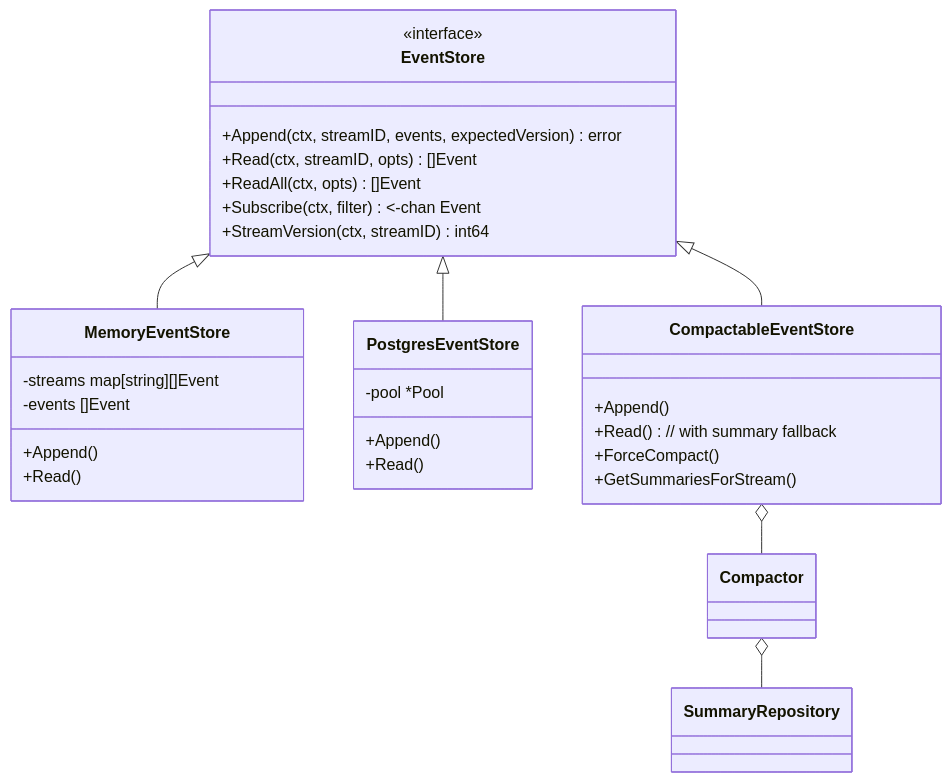
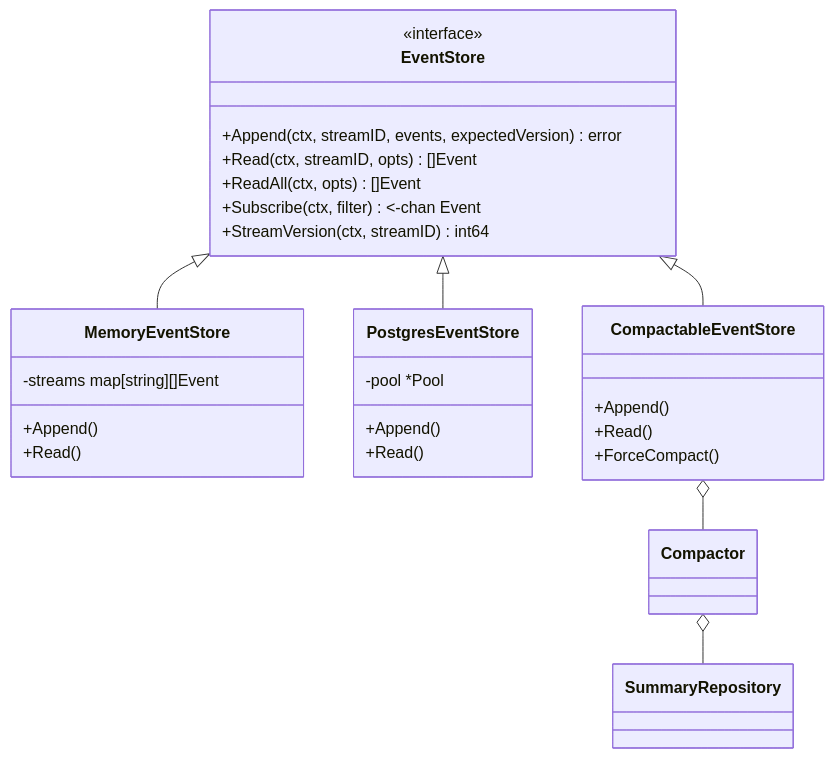
One commit to Timwood0x10/ARES changed the second of 6 diagrams in docs/articles/en/event-system-deep-dive.md. Above: the diagram before and after it, drawn with Mermaid. The commit also changed other lines of this file and 22 other files, not shown here.

````diff
--- a/docs/articles/en/event-system-deep-dive.md
+++ b/docs/articles/en/event-system-deep-dive.md
@@ -114,37 +108,35 @@
 ```mermaid
 classDiagram
     class EventStore {
         <<interface>>
         +Append(ctx, streamID, events, expectedVersion) error
         +Read(ctx, streamID, opts) []Event
         +ReadAll(ctx, opts) []Event
         +Subscribe(ctx, filter) <-chan Event
         +StreamVersion(ctx, streamID) int64
     }
 
     class MemoryEventStore {
         -streams map[string][]Event
-        -events []Event
         +Append()
         +Read()
     }
 
     class PostgresEventStore {
         -pool *Pool
         +Append()
         +Read()
     }
 
     class CompactableEventStore {
         +Append()
-        +Read()  // with summary fallback
+        +Read()
         +ForceCompact()
-        +GetSummariesForStream()
     }
 
     EventStore <|-- MemoryEventStore
     EventStore <|-- PostgresEventStore
     EventStore <|-- CompactableEventStore
     CompactableEventStore o-- Compactor
     Compactor o-- SummaryRepository
 ```
````
